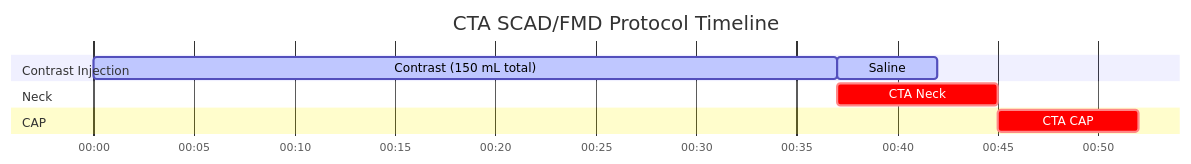
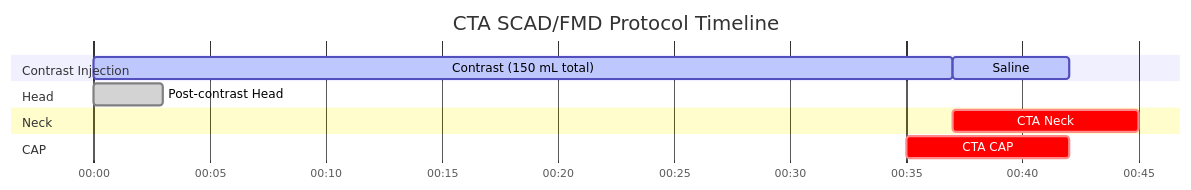
Before and after one commit to dfergs93/radiology-protocols: the diagram in docs/ct/vascular/cta-scadfmd-protocol.md, drawn with Mermaid. The commit also changed other lines of this file and 85 other files, not shown here.

Commit message:
Regenerate protocol markdown files with acquisition-diagram placeholder

````diff
--- a/docs/ct/vascular/cta-scadfmd-protocol.md
+++ b/docs/ct/vascular/cta-scadfmd-protocol.md
@@ -87,20 +87,22 @@
   ```mermaid
   ---
   displayMode: compact
   config:
     theme: default
     themeCSS: " #Saline{ fill: #4ed5ff; stroke: #2094f3; } "
   ---
     gantt
       title CTA SCAD/FMD Protocol Timeline
       dateFormat mm:ss
       axisFormat %M:%S 
       
       section Contrast Injection
       Contrast (150 mL total)    :active, contrast, 00:00, 37s
       Saline          :active, saline, after contrast, 5s
+      section Head
+      Post-contrast Head    :done, scan1, 00:00, 3s
       section Neck
       CTA Neck    :crit, scan2, after contrast, 8s
       section CAP
-      CTA CAP    :crit, scan3, 00:45, 7s
+      CTA CAP    :crit, scan3, 00:35, 7s
   ```
````
